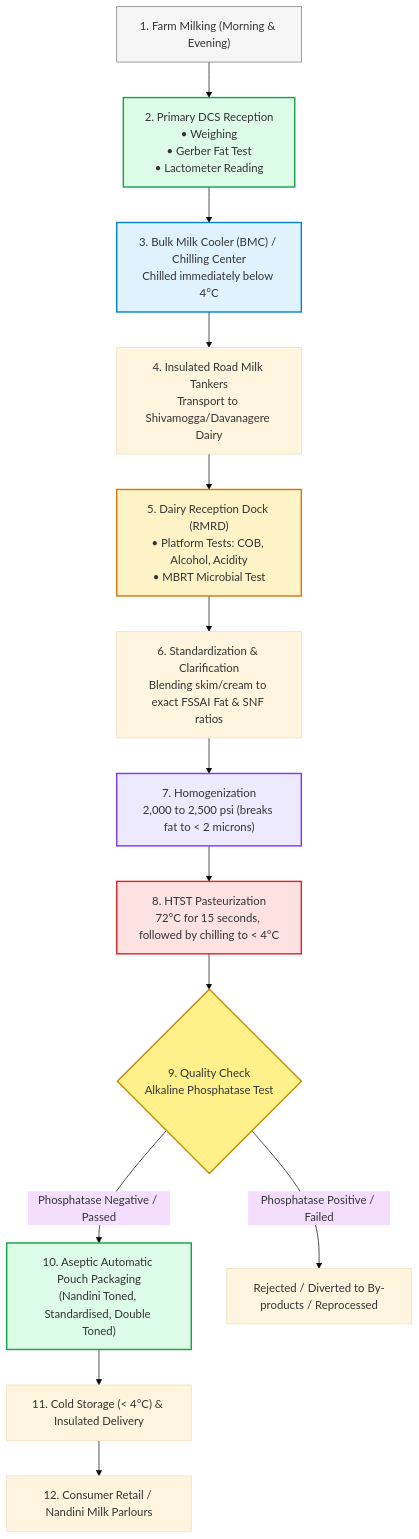
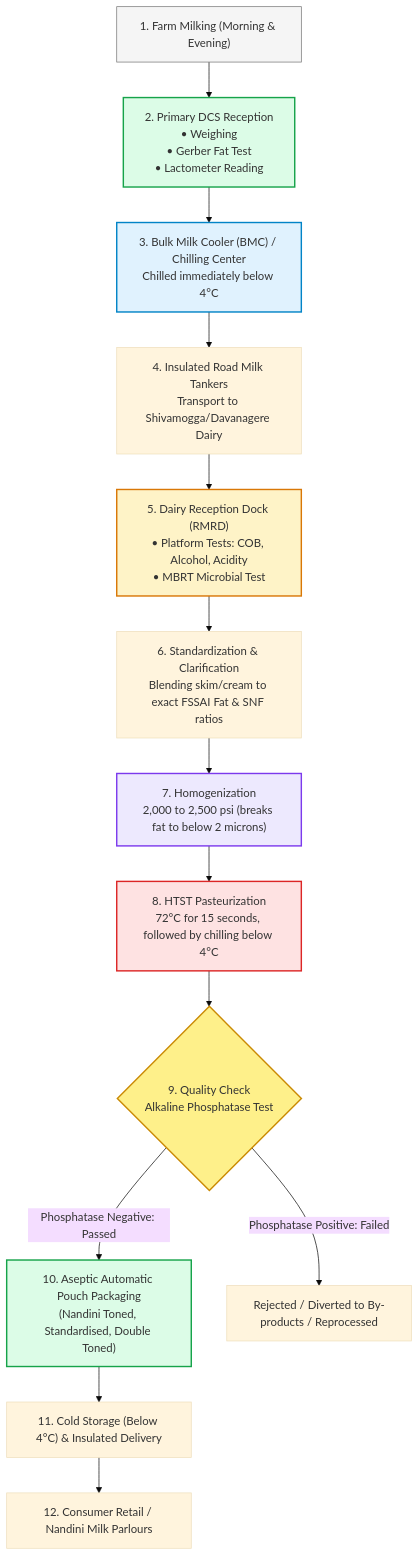
One commit to Sinister-Doc/Study_Vault changed the second of 3 diagrams in Shimul/subjects/dairy-union-kmf.md. Above: the diagram before and after it, drawn with Mermaid (base theme). The commit also changed other lines of this file and 15 other files, not shown here.

````diff
--- a/Shimul/subjects/dairy-union-kmf.md
+++ b/Shimul/subjects/dairy-union-kmf.md
@@ -120,24 +133,24 @@
 ```mermaid
 flowchart TD
     F["1. Farm Milking (Morning & Evening)"] --> DCS["2. Primary DCS Reception<br/>• Weighing<br/>• Gerber Fat Test<br/>• Lactometer Reading"]
     DCS --> BMC["3. Bulk Milk Cooler (BMC) / Chilling Center<br/>Chilled immediately below 4°C"]
     BMC --> Trans["4. Insulated Road Milk Tankers<br/>Transport to Shivamogga/Davanagere Dairy"]
     Trans --> Plant["5. Dairy Reception Dock (RMRD)<br/>• Platform Tests: COB, Alcohol, Acidity<br/>• MBRT Microbial Test"]
     Plant --> Stand["6. Standardization & Clarification<br/>Blending skim/cream to exact FSSAI Fat & SNF ratios"]
-    Stand --> Homo["7. Homogenization<br/>2,000 to 2,500 psi (breaks fat to < 2 microns)"]
-    Homo --> Past["8. HTST Pasteurization<br/>72°C for 15 seconds, followed by chilling to < 4°C"]
+    Stand --> Homo["7. Homogenization<br/>2,000 to 2,500 psi (breaks fat to below 2 microns)"]
+    Homo --> Past["8. HTST Pasteurization<br/>72°C for 15 seconds, followed by chilling below 4°C"]
     Past --> QC{"9. Quality Check<br/>Alkaline Phosphatase Test"}
-    QC -->|Phosphatase Negative / Passed| Pack["10. Aseptic Automatic Pouch Packaging<br/>(Nandini Toned, Standardised, Double Toned)"]
-    QC -->|Phosphatase Positive / Failed| Reject["Rejected / Diverted to By-products / Reprocessed"]
-    Pack --> Cold["11. Cold Storage (< 4°C) & Insulated Delivery"]
+    QC -->|Phosphatase Negative: Passed| Pack["10. Aseptic Automatic Pouch Packaging<br/>(Nandini Toned, Standardised, Double Toned)"]
+    QC -->|Phosphatase Positive: Failed| Reject["Rejected / Diverted to By-products / Reprocessed"]
+    Pack --> Cold["11. Cold Storage (Below 4°C) & Insulated Delivery"]
     Cold --> Cons["12. Consumer Retail / Nandini Milk Parlours"]
 
     style F fill:#f5f5f5,stroke:#757575,stroke-width:1px
     style DCS fill:#dcfce7,stroke:#16a34a,stroke-width:2px
     style BMC fill:#e0f2fe,stroke:#0284c7,stroke-width:2px
     style Plant fill:#fef3c7,stroke:#d97706,stroke-width:2px
     style Homo fill:#ede9fe,stroke:#7c3aed,stroke-width:2px
     style Past fill:#fee2e2,stroke:#dc2626,stroke-width:2px
     style QC fill:#fef08a,stroke:#ca8a04,stroke-width:2px
     style Pack fill:#dcfce7,stroke:#16a34a,stroke-width:2px
 ```
````
